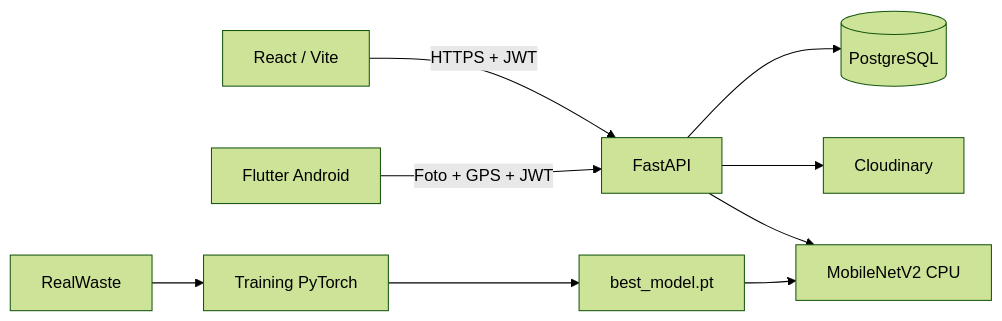
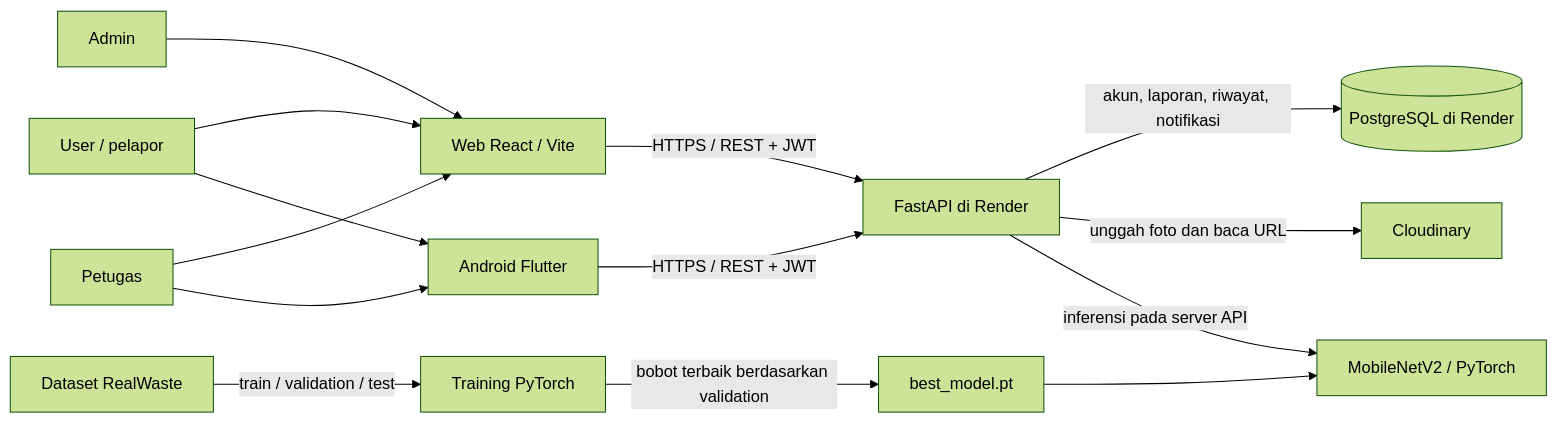
Before and after one commit to MhmmdIchsan/CamPah: the first of 3 diagrams in docs/ARCHITECTURE.md, drawn with Mermaid (forest theme). The commit also changed other lines of this file, not shown here.

Commit message:
docs(architecture): update diagrams and officer access

````diff
--- a/docs/ARCHITECTURE.md
+++ b/docs/ARCHITECTURE.md
@@ -3,11 +7,16 @@
 ```mermaid
 flowchart LR
-    Web[React / Vite] -->|HTTPS + JWT| API[FastAPI]
-    Android[Flutter Android] -->|Foto + GPS + JWT| API
-    API --> DB[(PostgreSQL)]
-    API --> Images[Cloudinary]
-    API --> ML[MobileNetV2 CPU]
-    Dataset[RealWaste] --> Train[Training PyTorch]
-    Train --> Checkpoint[best_model.pt]
-    Checkpoint --> ML
+    User["User / pelapor"] --> Web["Web React / Vite"]
+    User --> Mobile["Android Flutter"]
+    Admin["Admin"] --> Web
+    Officer["Petugas"] --> Web
+    Officer --> Mobile
+    Web -->|"HTTPS / REST + JWT"| API["FastAPI di Render"]
+    Mobile -->|"HTTPS / REST + JWT"| API
+    API -->|"akun, laporan, riwayat, notifikasi"| DB[("PostgreSQL di Render")]
+    API -->|"unggah foto dan baca URL"| Storage["Cloudinary"]
+    API -->|"inferensi pada server API"| Model["MobileNetV2 / PyTorch"]
+    Dataset["Dataset RealWaste"] -->|"train / validation / test"| Train["Training PyTorch"]
+    Train -->|"bobot terbaik berdasarkan validation"| Weights["best_model.pt"]
+    Weights --> Model
 ```
````
